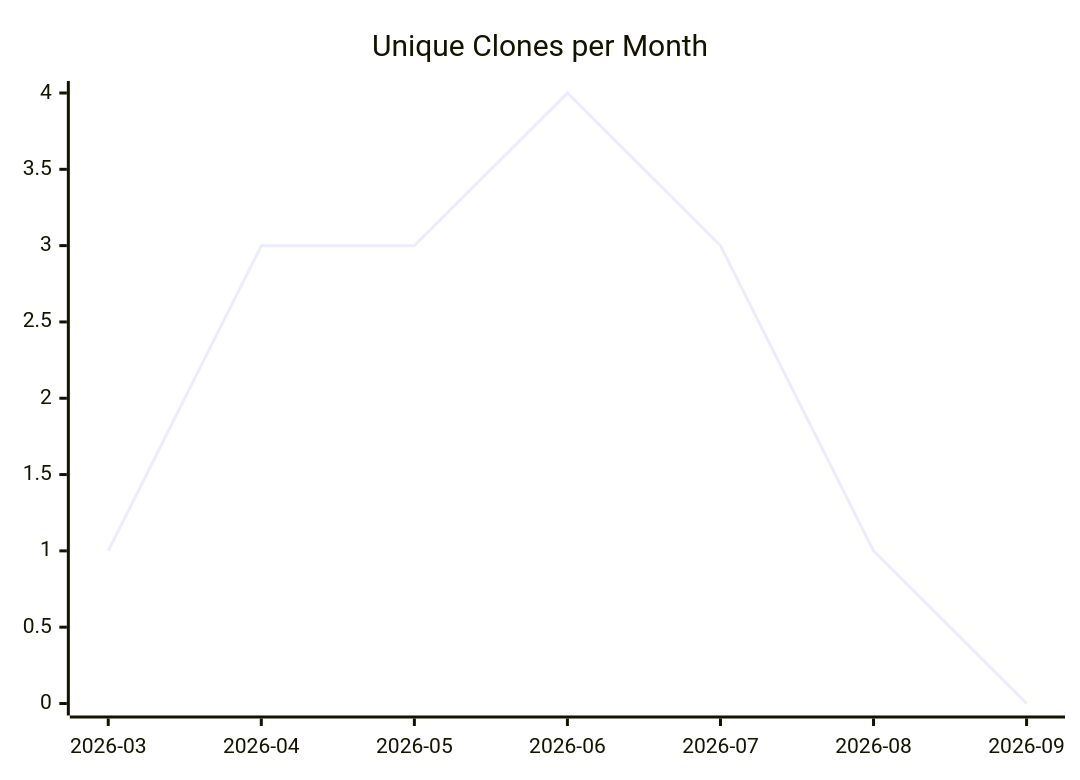
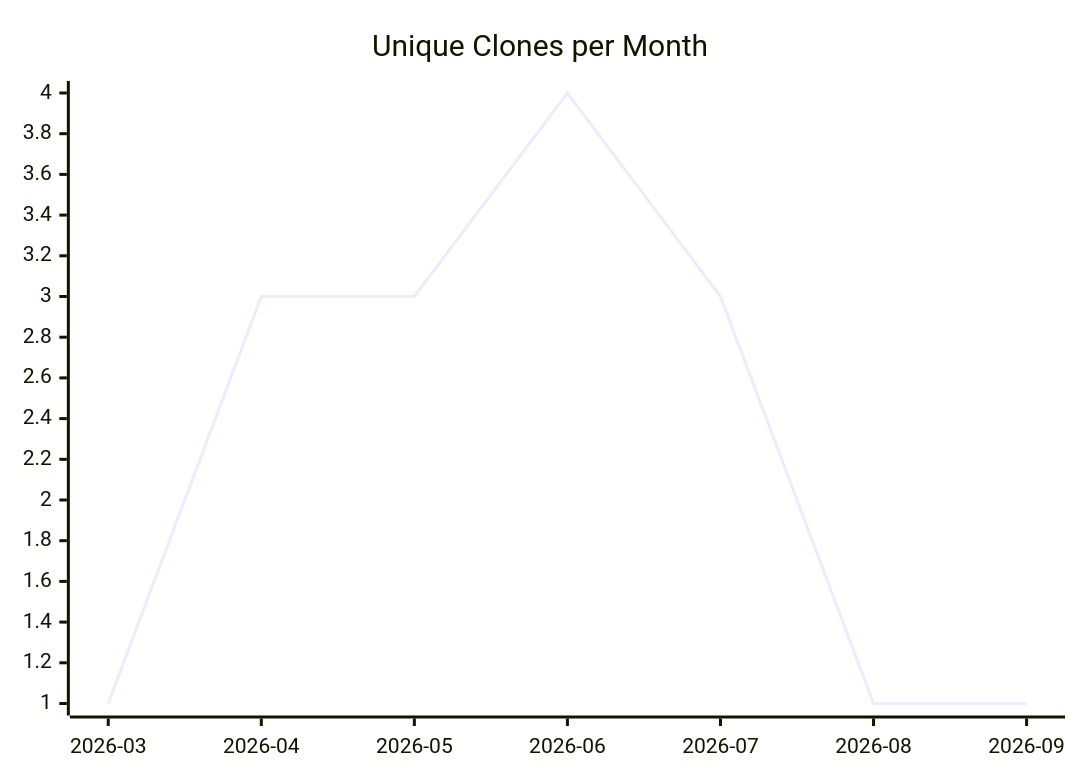
Before and after one commit to justdavis-family/github-analytics-data: the third of 3 diagrams in karlmdavis/ansible-jenkins/README.md, drawn with Mermaid. The commit also changed other lines of this file and 196 other files, not shown here.

````diff
--- a/karlmdavis/ansible-jenkins/README.md
+++ b/karlmdavis/ansible-jenkins/README.md
@@ -19,6 +19,6 @@
 ```mermaid
 xychart-beta
   title "Unique Clones per Month"
   x-axis ["2026-03", "2026-04", "2026-05", "2026-06", "2026-07", "2026-08", "2026-09"]
-  line [1, 3, 3, 4, 3, 1, 0]
+  line [1, 3, 3, 4, 3, 1, 1]
 ```
````
